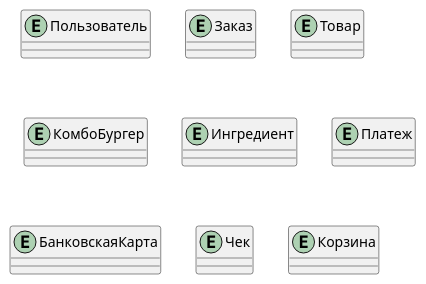
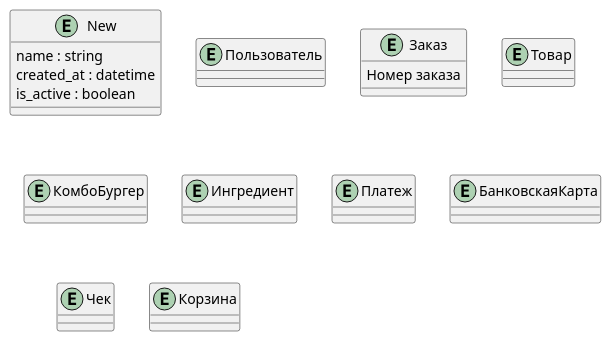
The diagram in data-models/models.puml (West1572/otus-practicum), drawn with PlantUML before and after one commit. The commit also changed 2 other files, not shown here.

```diff
--- a/data-models/models.puml
+++ b/data-models/models.puml
@@ -1,33 +1,40 @@
 @startuml
+entity New {
+  name : string
+  created_at : datetime
+  is_active : boolean
+}
+
 entity Пользователь {
 }
 
 entity Заказ {
+Номер заказа
 }
 
 entity Товар {
 }
 
 entity КомбоБургер {
 }
 
 entity Ингредиент {
 
 }
 
 
 entity Платеж {
 
 }
 
 entity БанковскаяКарта {
 
 }
 
 
 entity Чек {
 }
 
 entity Корзина {
 }
 @enduml
```
